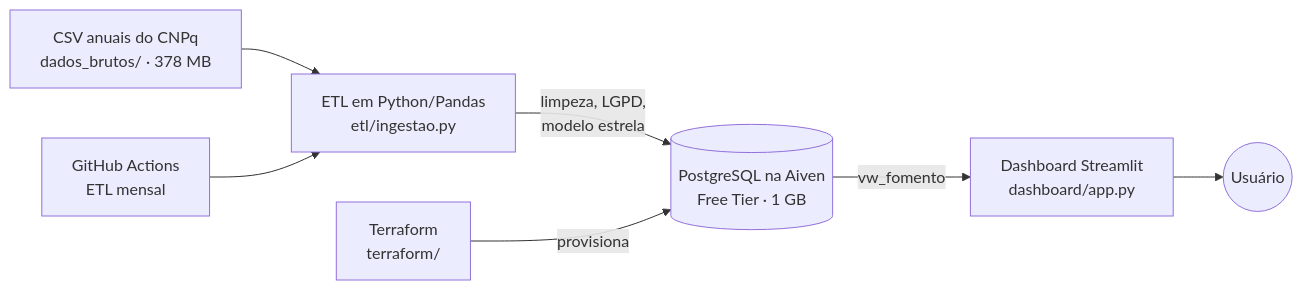
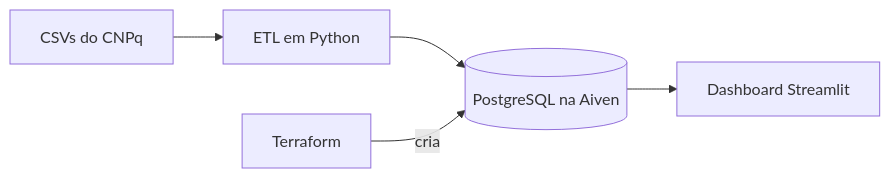
Before and after one commit to guilhermemirandaa/projeto-bigdata-vies-cnpq: the first of 2 diagrams in README.md, drawn with Mermaid. The commit also changed other lines of this file, not shown here.

````diff
--- a/README.md
+++ b/README.md
@@ -13,9 +9,7 @@
 ```mermaid
 flowchart LR
-    A[CSV anuais do CNPq<br/>dados_brutos/ · 378 MB] --> B[ETL em Python/Pandas<br/>etl/ingestao.py]
-    B -->|limpeza, LGPD,<br/>modelo estrela| C[(PostgreSQL na Aiven<br/>Free Tier · 1 GB)]
-    T[Terraform<br/>terraform/] -->|provisiona| C
-    G[GitHub Actions<br/>ETL mensal] --> B
-    C -->|vw_fomento| D[Dashboard Streamlit<br/>dashboard/app.py]
-    D --> U((Usuário))
+    A[CSVs do CNPq] --> B[ETL em Python]
+    B --> C[(PostgreSQL na Aiven)]
+    T[Terraform] -->|cria| C
+    C --> D[Dashboard Streamlit]
 ```
````
